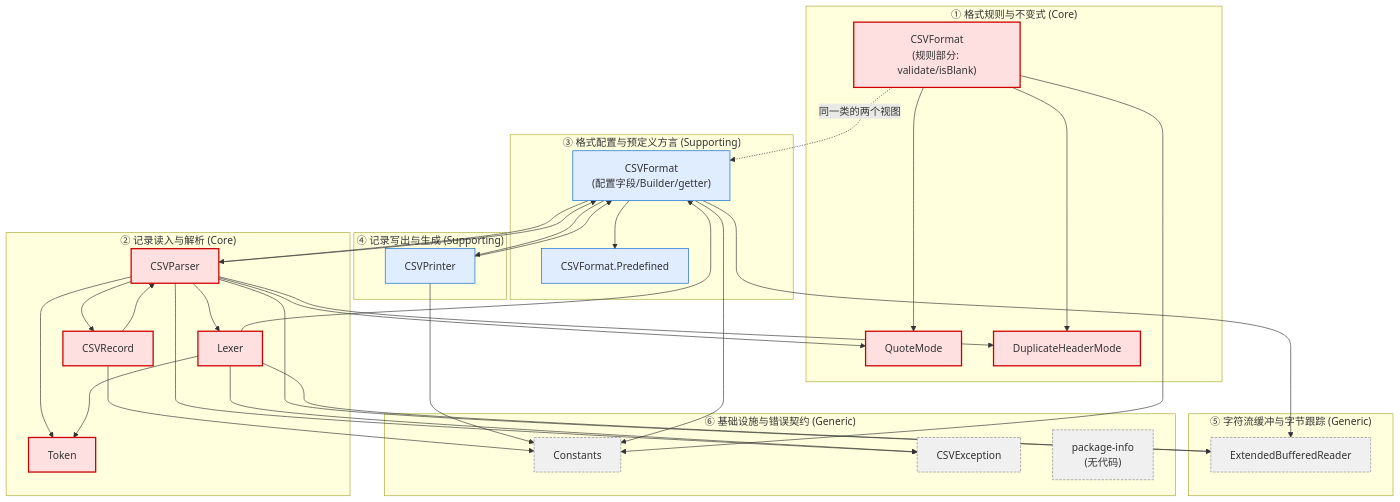
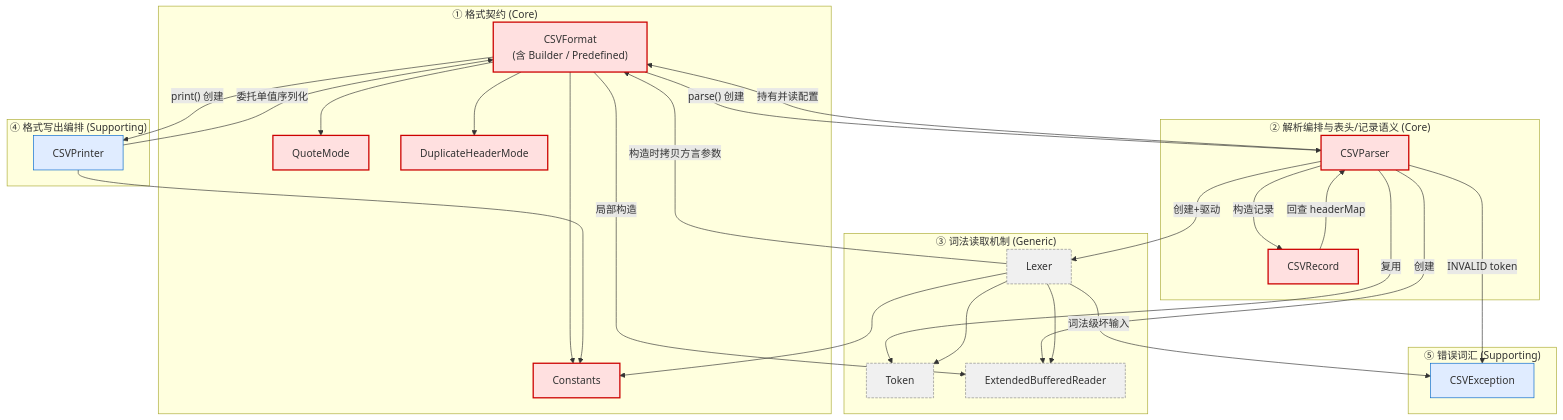
One commit to wubin28/first-pass-trust changed the first of 3 diagrams in ch02/README.md. Above: the diagram before and after it, drawn with Mermaid. The commit also changed other lines of this file, not shown here.

````diff
--- a/ch02/README.md
+++ b/ch02/README.md
@@ -136,71 +132,57 @@
 ```mermaid
 graph TD
     classDef core fill:#ffe0e0,stroke:#c00,stroke-width:2px;
     classDef supporting fill:#e0ecff,stroke:#06c;
     classDef generic fill:#f0f0f0,stroke:#888,stroke-dasharray:4 2;
 
-    subgraph SD1["① 格式规则与不变式 (Core)"]
-        FMT_R["CSVFormat<br/>(规则部分: validate/isBlank)"]
+    subgraph SD1["① 格式契约 (Core)"]
+        FMT["CSVFormat<br/>(含 Builder / Predefined)"]
         QM["QuoteMode"]
         DHM["DuplicateHeaderMode"]
+        CONST["Constants"]
     end
 
-    subgraph SD3["③ 格式配置与预定义方言 (Supporting)"]
-        FMT_C["CSVFormat<br/>(配置字段/Builder/getter)"]
-        PRED["CSVFormat.Predefined"]
+    subgraph SD2["② 解析编排与表头/记录语义 (Core)"]
+        PARSER["CSVParser"]
+        RECORD["CSVRecord"]
     end
 
-    subgraph SD2["② 记录读入与解析 (Core)"]
-        PARSER["CSVParser"]
-        RECORD["CSVRecord"]
+    subgraph SD3["③ 词法读取机制 (Generic)"]
         LEXER["Lexer"]
         TOKEN["Token"]
+        EBR["ExtendedBufferedReader"]
     end
 
-    subgraph SD4["④ 记录写出与生成 (Supporting)"]
+    subgraph SD4["④ 格式写出编排 (Supporting)"]
         PRINTER["CSVPrinter"]
     end
 
-    subgraph SD5["⑤ 字符流缓冲与字节跟踪 (Generic)"]
-        EBR["ExtendedBufferedReader"]
+    subgraph SD5["⑤ 错误词汇 (Supporting)"]
+        EXC["CSVException"]
     end
 
-    subgraph SD6["⑥ 基础设施与错误契约 (Generic)"]
-        CONST["Constants"]
-        EXC["CSVException"]
-        PKG["package-info<br/>(无代码)"]
-    end
-
-    FMT_R -.->|同一类的两个视图| FMT_C
-    FMT_R --> QM
-    FMT_R --> DHM
-    FMT_C --> PRED
-
-    PARSER --> LEXER
-    PARSER --> TOKEN
-    PARSER --> RECORD
-    PARSER --> EBR
-    PARSER --> FMT_C
-    PARSER --> DHM
-    PARSER --> QM
-    PARSER --> EXC
+    FMT --> QM
+    FMT --> DHM
+    FMT --> CONST
+    FMT -->|"parse() 创建"| PARSER
+    PARSER -->|"持有并读配置"| FMT
+    FMT -->|"print() 创建"| PRINTER
+    PRINTER -->|"委托单值序列化"| FMT
+    FMT -->|"局部构造"| EBR
+    PARSER -->|"创建+驱动"| LEXER
+    PARSER -->|"创建"| EBR
+    PARSER -->|"复用"| TOKEN
+    PARSER -->|"构造记录"| RECORD
+    RECORD -->|"回查 headerMap"| PARSER
+    LEXER -->|"构造时拷贝方言参数"| FMT
     LEXER --> EBR
     LEXER --> TOKEN
-    LEXER --> FMT_C
-    LEXER --> EXC
-    RECORD --> PARSER
-    RECORD --> CONST
-
-    PRINTER --> FMT_C
+    LEXER --> CONST
+    LEXER -->|"词法级坏输入"| EXC
+    PARSER -->|"INVALID token"| EXC
     PRINTER --> CONST
 
-    FMT_C --> PARSER
-    FMT_C --> PRINTER
-    FMT_C --> EBR
-    FMT_C --> CONST
-    FMT_R --> CONST
-
-    class FMT_R,QM,DHM,PARSER,RECORD,LEXER,TOKEN core
-    class FMT_C,PRED,PRINTER supporting
-    class EBR,CONST,EXC,PKG generic
+    class FMT,QM,DHM,CONST,PARSER,RECORD core
+    class LEXER,TOKEN,EBR generic
+    class PRINTER,EXC supporting
 ```
````
